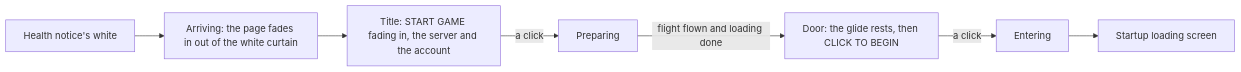
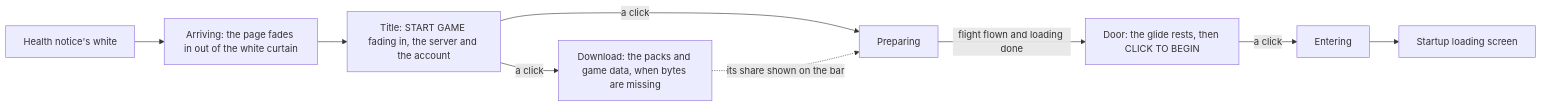
One commit to Esposter/Esposter changed the first of 2 diagrams in openspec/specs/genshin/login-screen/README.md. Above: the diagram before and after it, drawn with Mermaid. The commit also changed other lines of this file and 3 other files, not shown here.

````diff
--- a/openspec/specs/genshin/login-screen/README.md
+++ b/openspec/specs/genshin/login-screen/README.md
@@ -20,9 +20,11 @@
 ```mermaid
 flowchart LR
   N[Health notice's white] --> A[Arriving: the page fades in out of the white curtain]
   A --> T[Title: START GAME fading in, the server and the account]
   T -->|a click| P[Preparing]
+  T -->|a click| DL["Download: the packs and game data, when bytes are missing"]
+  DL -.->|"its share shown on the bar"| P
   P -->|"flight flown and loading done"| D[Door: the glide rests, then CLICK TO BEGIN]
   D -->|a click| E[Entering]
   E --> S[Startup loading screen]
 ```
````
